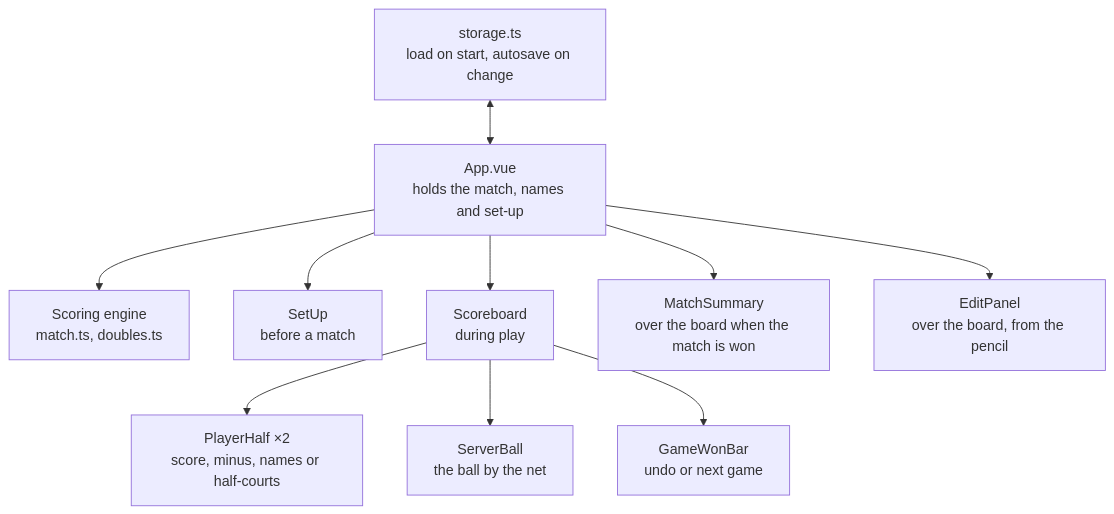
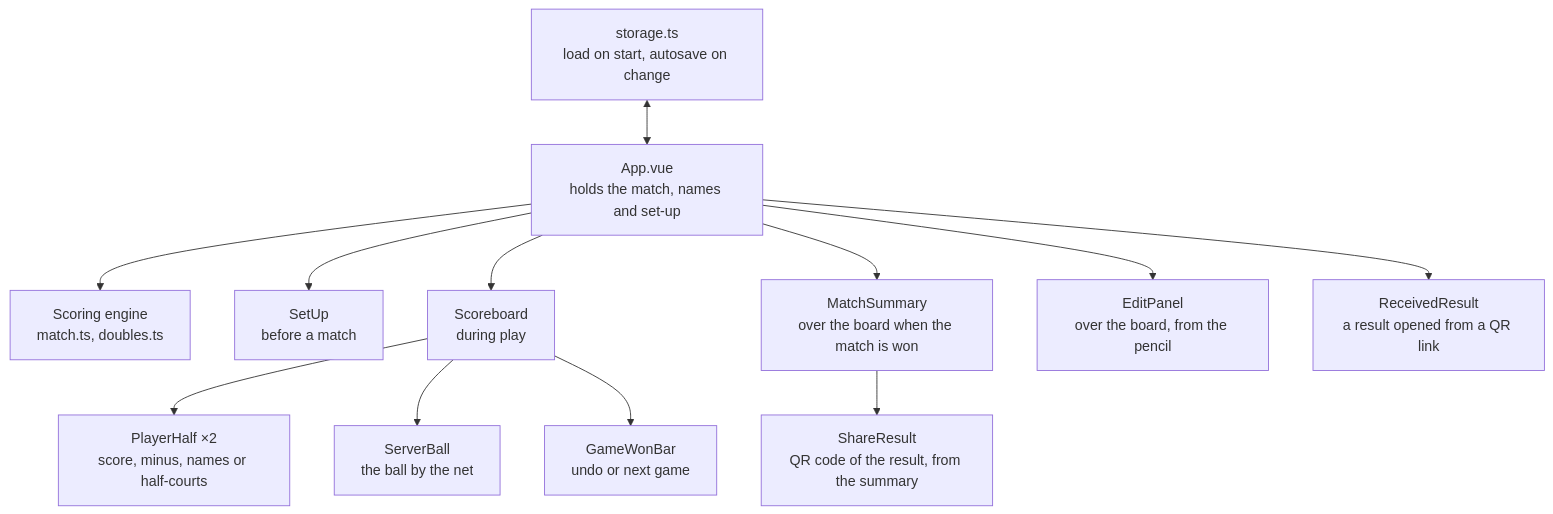
One commit to mayamalakova/score-counter changed the second of 2 diagrams in docs/architecture.md. Above: the diagram before and after it, drawn with Mermaid. The commit also changed other lines of this file and 2 other files, not shown here.

First line of the commit message:
Document result sharing in the diagrams and guides

````diff
--- a/docs/architecture.md
+++ b/docs/architecture.md
@@ -94,25 +97,29 @@
 ```mermaid
 flowchart TD
     storage["storage.ts<br/>load on start, autosave on change"]
     app["App.vue<br/>holds the match, names and set-up"]
     engine["Scoring engine<br/>match.ts, doubles.ts"]
 
     setup["SetUp<br/>before a match"]
     board["Scoreboard<br/>during play"]
     summary["MatchSummary<br/>over the board when the match is won"]
     edit["EditPanel<br/>over the board, from the pencil"]
+    share["ShareResult<br/>QR code of the result, from the summary"]
+    received["ReceivedResult<br/>a result opened from a QR link"]
 
     half["PlayerHalf ×2<br/>score, minus, names or half-courts"]
     ball["ServerBall<br/>the ball by the net"]
     bar["GameWonBar<br/>undo or next game"]
 
     storage <--> app
     app --> engine
     app --> setup
     app --> board
     app --> summary
     app --> edit
+    app --> received
+    summary --> share
     board --> half
     board --> ball
     board --> bar
 ```
````
